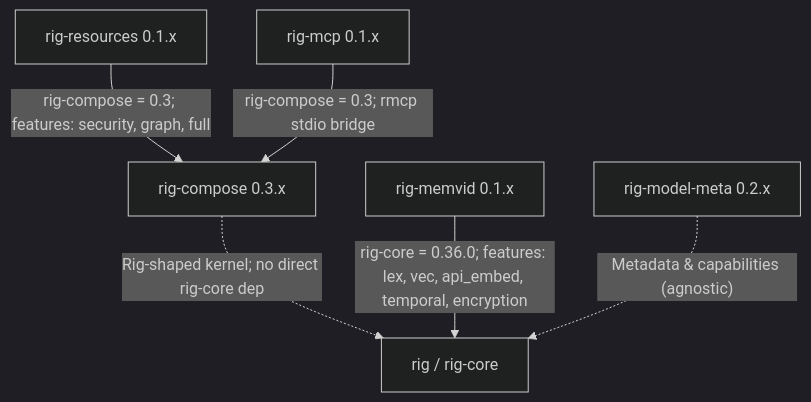
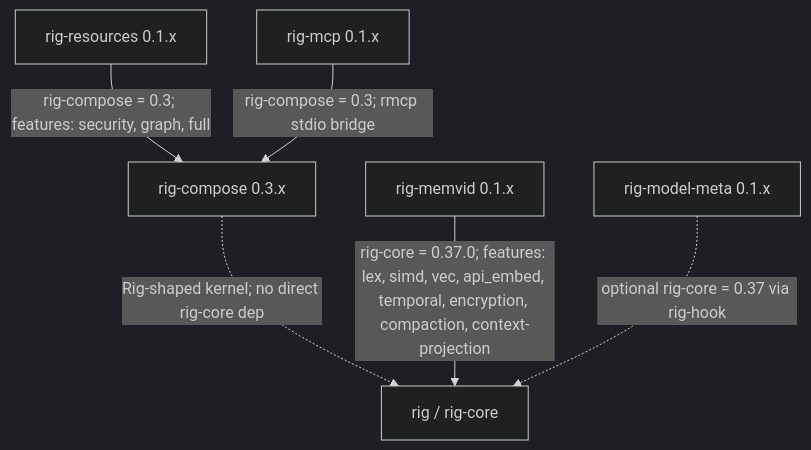
Before and after one commit to ForeverAngry/rig-compose: the diagram in README.md, drawn with Mermaid (dark theme). The commit also changed other lines of this file, not shown here.

Commit message:
docs: align ecosystem docs with rig-compose 0.3, rig-core 0.37, and rig-model-meta 0.1 (#12)

````diff
--- a/README.md
+++ b/README.md
@@ -227,15 +227,15 @@
 ```mermaid
 flowchart TD
     rig["rig / rig-core"]
     compose["rig-compose 0.3.x"]
     resources["rig-resources 0.1.x"]
     mcp["rig-mcp 0.1.x"]
     memvid["rig-memvid 0.1.x"]
-    model_meta["rig-model-meta 0.2.x"]
+    model_meta["rig-model-meta 0.1.x"]
 
     compose -. "Rig-shaped kernel; no direct rig-core dep" .-> rig
     resources -- "rig-compose = 0.3; features: security, graph, full" --> compose
     mcp -- "rig-compose = 0.3; rmcp stdio bridge" --> compose
-    memvid -- "rig-core = 0.36.0; features: lex, vec, api_embed, temporal, encryption" --> rig
-    model_meta -. "Metadata & capabilities (agnostic)" .-> rig
+    memvid -- "rig-core = 0.37.0; features: lex, simd, vec, api_embed, temporal, encryption, compaction, context-projection" --> rig
+    model_meta -. "optional rig-core = 0.37 via rig-hook" .-> rig
 ```
````
